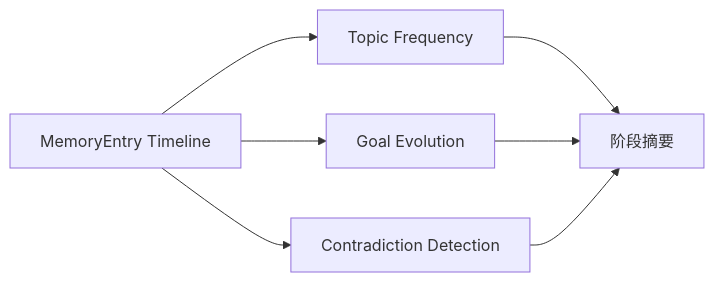
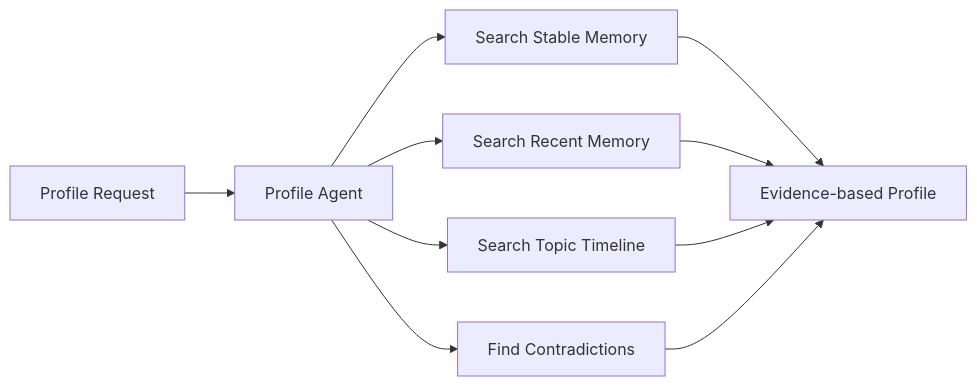
Diagram 14 of 23 in company_target/day1-day20-summary.md (pretextQ/Reminder), drawn with Mermaid before and after one commit. The commit also changed other lines of this file and 4 other files, not shown here.

````diff
--- a/company_target/day1-day20-summary.md
+++ b/company_target/day1-day20-summary.md
@@ -412,9 +441,12 @@
 ```mermaid
 flowchart LR
-    A[MemoryEntry Timeline] --> B[Topic Frequency]
-    A --> C[Goal Evolution]
-    A --> D[Contradiction Detection]
-    B --> E[阶段摘要]
-    C --> E
-    D --> E
+    A[Profile Request] --> B[Profile Agent]
+    B --> C[Search Stable Memory]
+    B --> D[Search Recent Memory]
+    B --> E[Search Topic Timeline]
+    B --> F[Find Contradictions]
+    C --> G[Evidence-based Profile]
+    D --> G
+    E --> G
+    F --> G
 ```
````
